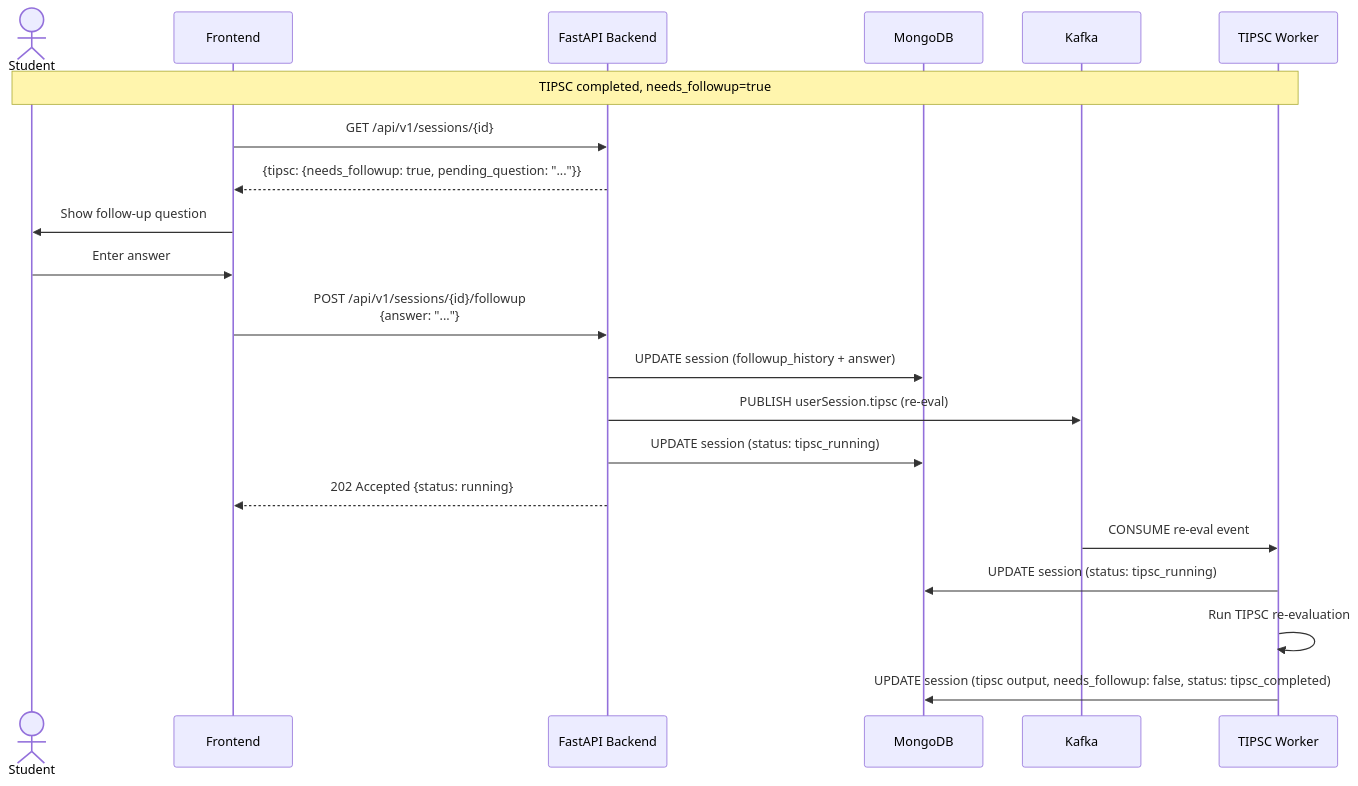
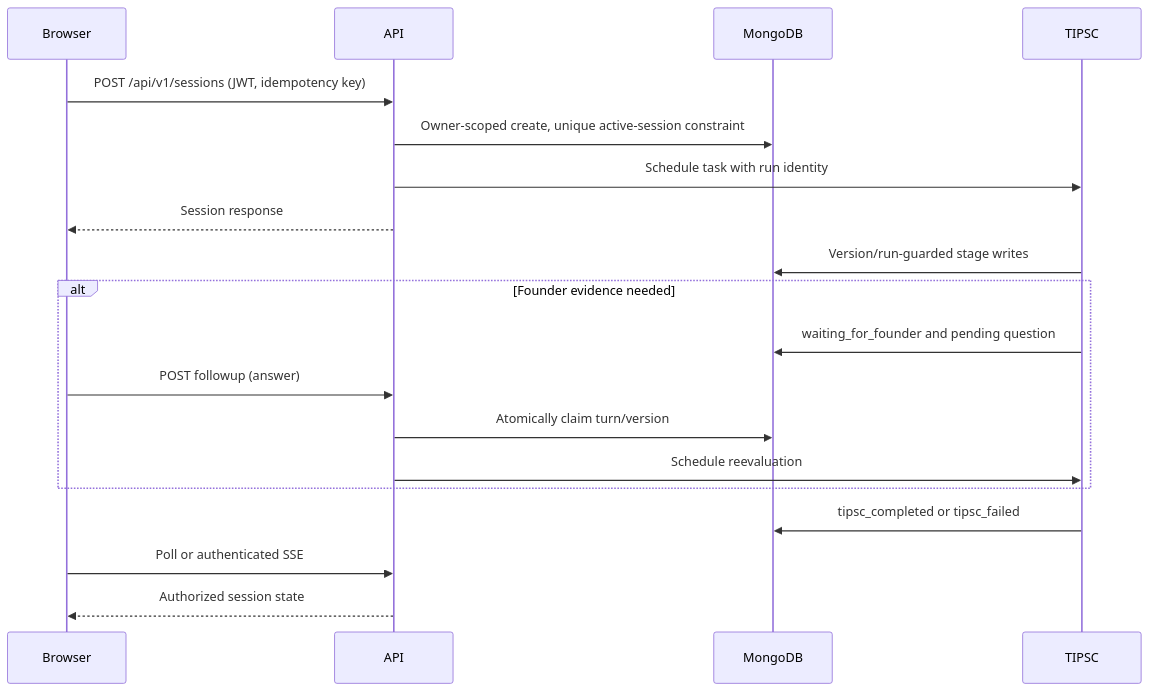
Before and after one commit to CIE-PESU/AGIS-2026-Experiments: the first of 2 diagrams in docs/sequence-diagrams.md, drawn with Mermaid. The commit also changed other lines of this file and 282 other files, not shown here.

````diff
--- a/docs/sequence-diagrams.md
+++ b/docs/sequence-diagrams.md
@@ -44,25 +5,21 @@
 ```mermaid
 sequenceDiagram
-    actor Student
-    participant Frontend
-    participant Backend as FastAPI Backend
+    participant Browser
+    participant API
     participant MongoDB
-    participant Kafka
-    participant TIPSCWorker as TIPSC Worker
-
-    Note over Student, TIPSCWorker: TIPSC completed, needs_followup=true
-    Frontend->>Backend: GET /api/v1/sessions/{id}
-    Backend-->>Frontend: {tipsc: {needs_followup: true, pending_question: "..."}}
-    Frontend->>Student: Show follow-up question
-    Student->>Frontend: Enter answer
-    Frontend->>Backend: POST /api/v1/sessions/{id}/followup<br/>{answer: "..."}
-    Backend->>MongoDB: UPDATE session (followup_history + answer)
-    Backend->>Kafka: PUBLISH userSession.tipsc (re-eval)
-    Backend->>MongoDB: UPDATE session (status: tipsc_running)
-    Backend-->>Frontend: 202 Accepted {status: running}
-    
-    Kafka->>TIPSCWorker: CONSUME re-eval event
-    TIPSCWorker->>MongoDB: UPDATE session (status: tipsc_running)
-    TIPSCWorker->>TIPSCWorker: Run TIPSC re-evaluation
-    TIPSCWorker->>MongoDB: UPDATE session (tipsc output, needs_followup: false, status: tipsc_completed)
+    participant TIPSC
+    Browser->>API: POST /api/v1/sessions (JWT, idempotency key)
+    API->>MongoDB: Owner-scoped create, unique active-session constraint
+    API->>TIPSC: Schedule task with run identity
+    API-->>Browser: Session response
+    TIPSC->>MongoDB: Version/run-guarded stage writes
+    alt Founder evidence needed
+        TIPSC->>MongoDB: waiting_for_founder and pending question
+        Browser->>API: POST followup (answer)
+        API->>MongoDB: Atomically claim turn/version
+        API->>TIPSC: Schedule reevaluation
+    end
+    TIPSC->>MongoDB: tipsc_completed or tipsc_failed
+    Browser->>API: Poll or authenticated SSE
+    API-->>Browser: Authorized session state
 ```
````
